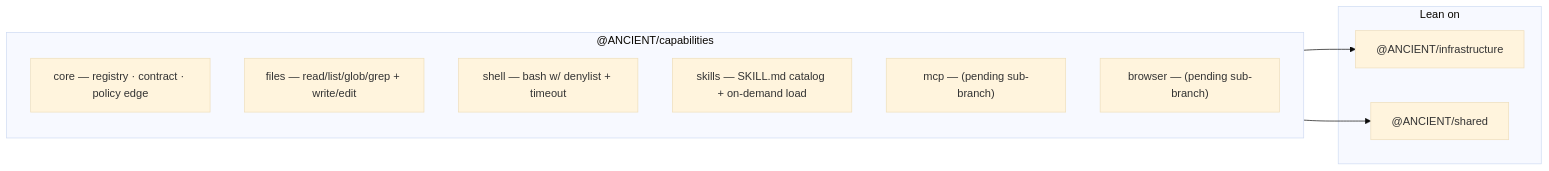
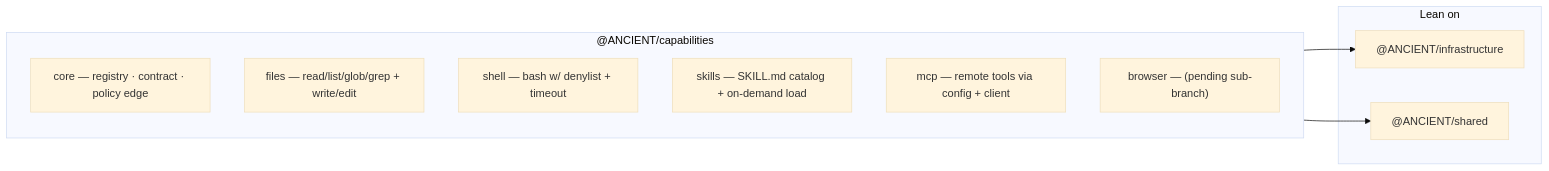
Before and after one commit to D-engahmed/ancient: the diagram in docs/architecture/CAPABILITIES.md, drawn with Mermaid (base theme). The commit also changed other lines of this file and 1 other file, not shown here.

First line of the commit message:
docs(capabilities): mark mcp sub-layer done (README + CAPABILITIES.md)

````diff
--- a/docs/architecture/CAPABILITIES.md
+++ b/docs/architecture/CAPABILITIES.md
@@ -11,17 +11,17 @@
 ```mermaid
 flowchart LR
     subgraph CAP["@ANCIENT/capabilities"]
         CORE["core — registry · contract · policy edge"]
         F["files — read/list/glob/grep + write/edit"]
         S["shell — bash w/ denylist + timeout"]
         SK["skills — SKILL.md catalog + on-demand load"]
-        M["mcp — (pending sub-branch)"]
+        M["mcp — remote tools via config + client"]
         B["browser — (pending sub-branch)"]
     end
     subgraph LOWER["Lean on"]
         INFRA["@ANCIENT/infrastructure"]
         SHARED["@ANCIENT/shared"]
     end
     CAP --> INFRA
     CAP --> SHARED
 ```
````
